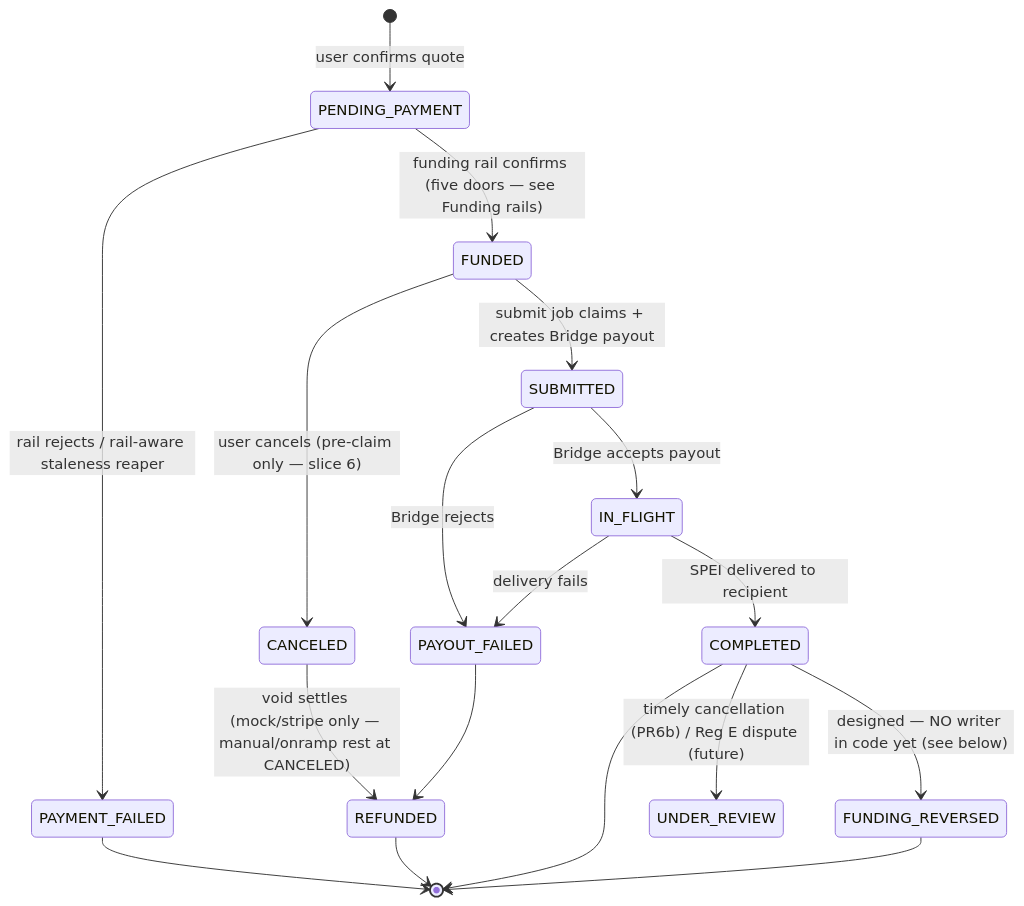
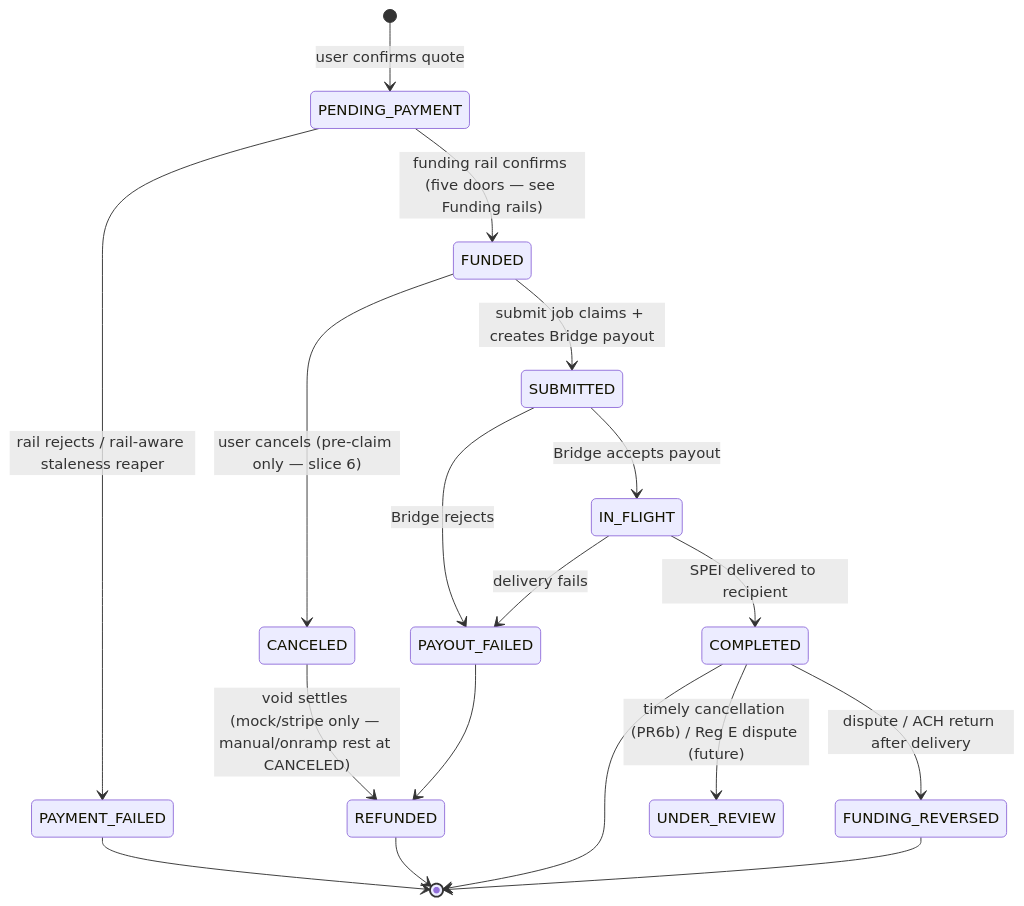
One commit to PuenteFinancial/PuenteApp changed the first of 2 diagrams in docs/transfer-state-machine.md. Above: the diagram before and after it, drawn with Mermaid. The commit also changed other lines of this file and 22 other files, not shown here.

First line of the commit message:
feat(api): the FUNDING_REVERSED loss path — book it, stop it, freeze the sender, catch the miss (#310)

````diff
--- a/docs/transfer-state-machine.md
+++ b/docs/transfer-state-machine.md
@@ -21,20 +21,20 @@
 ```mermaid
 stateDiagram-v2
     [*] --> PENDING_PAYMENT: user confirms quote
     PENDING_PAYMENT --> FUNDED: funding rail confirms (five doors — see Funding rails)
     PENDING_PAYMENT --> PAYMENT_FAILED: rail rejects / rail-aware staleness reaper
     FUNDED --> SUBMITTED: submit job claims + creates Bridge payout
     FUNDED --> CANCELED: user cancels (pre-claim only — slice 6)
     SUBMITTED --> IN_FLIGHT: Bridge accepts payout
     SUBMITTED --> PAYOUT_FAILED: Bridge rejects
     IN_FLIGHT --> COMPLETED: SPEI delivered to recipient
     IN_FLIGHT --> PAYOUT_FAILED: delivery fails
     CANCELED --> REFUNDED: void settles (mock/stripe only — manual/onramp rest at CANCELED)
     PAYOUT_FAILED --> REFUNDED
-    COMPLETED --> FUNDING_REVERSED: designed — NO writer in code yet (see below)
+    COMPLETED --> FUNDING_REVERSED: dispute / ACH return after delivery
     COMPLETED --> UNDER_REVIEW: timely cancellation (PR6b) / Reg E dispute (future)
     PAYMENT_FAILED --> [*]
     REFUNDED --> [*]
     COMPLETED --> [*]
     FUNDING_REVERSED --> [*]
 ```
````
